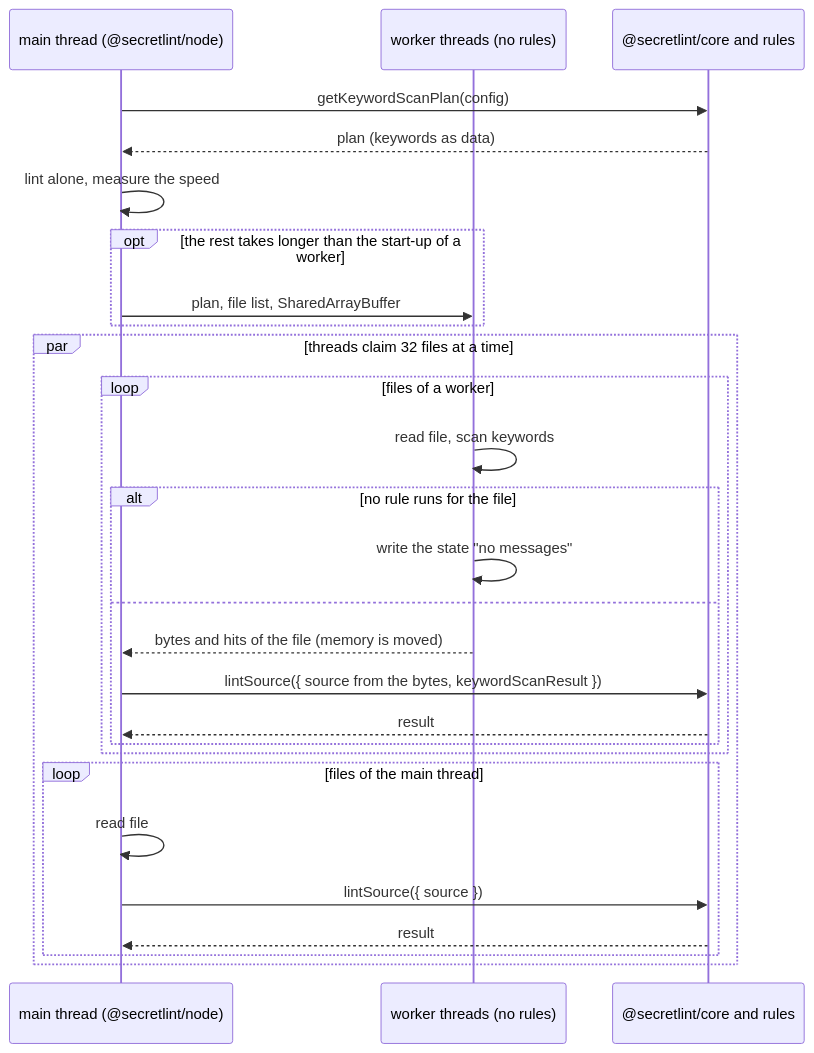
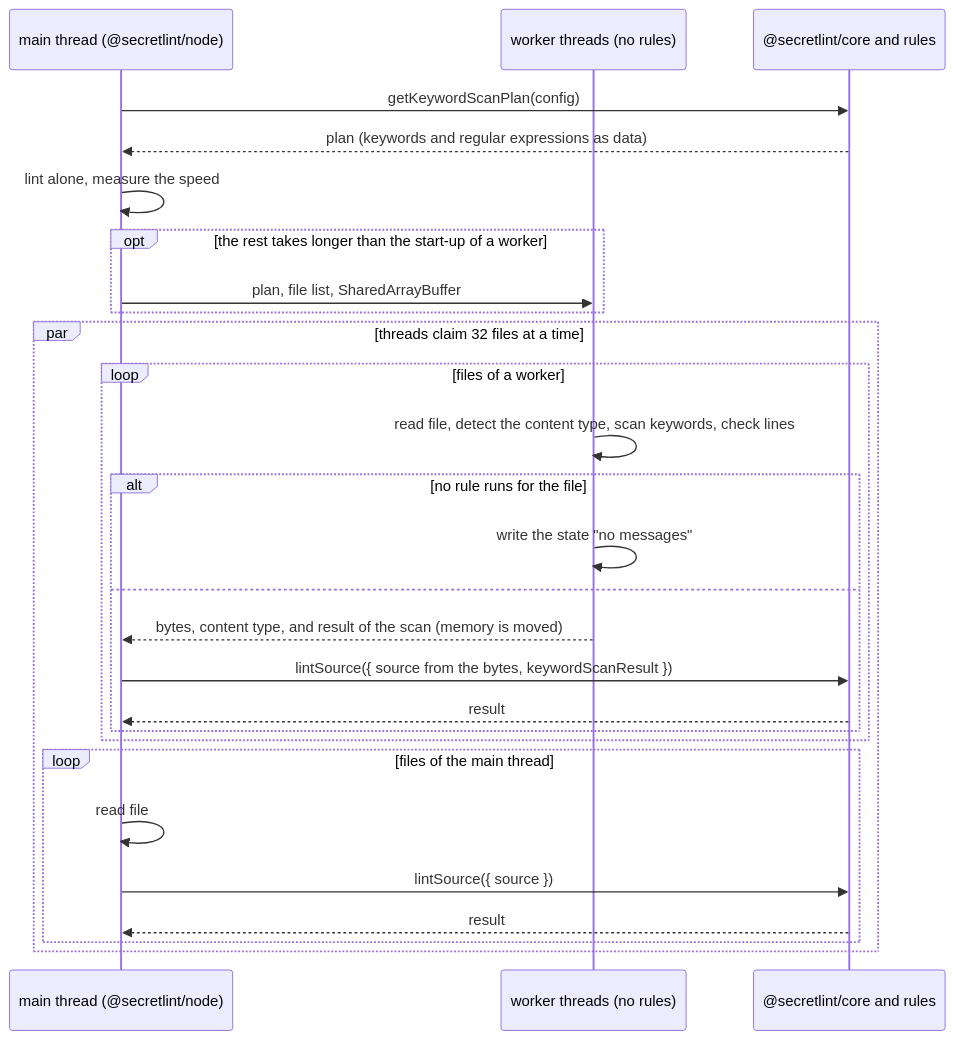
One commit to secretlint/secretlint changed the second of 2 diagrams in docs/products/secretlint/features/secret-scanning/design.md. Above: the diagram before and after it, drawn with Mermaid. The commit also changed other lines of this file and 10 other files, not shown here.

First line of the commit message:
perf(node): finish the line check and the content type detection in workers

````diff
--- a/docs/products/secretlint/features/secret-scanning/design.md
+++ b/docs/products/secretlint/features/secret-scanning/design.md
@@ -210,29 +218,29 @@
 ```mermaid
 sequenceDiagram
     participant Main as main thread (@secretlint/node)
     participant Worker as worker threads (no rules)
     participant Core as @secretlint/core and rules
     Main->>Core: getKeywordScanPlan(config)
-    Core-->>Main: plan (keywords as data)
+    Core-->>Main: plan (keywords and regular expressions as data)
     Main->>Main: lint alone, measure the speed
     opt the rest takes longer than the start-up of a worker
         Main->>Worker: plan, file list, SharedArrayBuffer
     end
     par threads claim 32 files at a time
         loop files of a worker
-            Worker->>Worker: read file, scan keywords
+            Worker->>Worker: read file, detect the content type, scan keywords, check lines
             alt no rule runs for the file
                 Worker->>Worker: write the state "no messages"
             else
-                Worker-->>Main: bytes and hits of the file (memory is moved)
+                Worker-->>Main: bytes, content type, and result of the scan (memory is moved)
                 Main->>Core: lintSource({ source from the bytes, keywordScanResult })
                 Core-->>Main: result
             end
         end
         loop files of the main thread
             Main->>Main: read file
             Main->>Core: lintSource({ source })
             Core-->>Main: result
         end
     end
 ```
````
